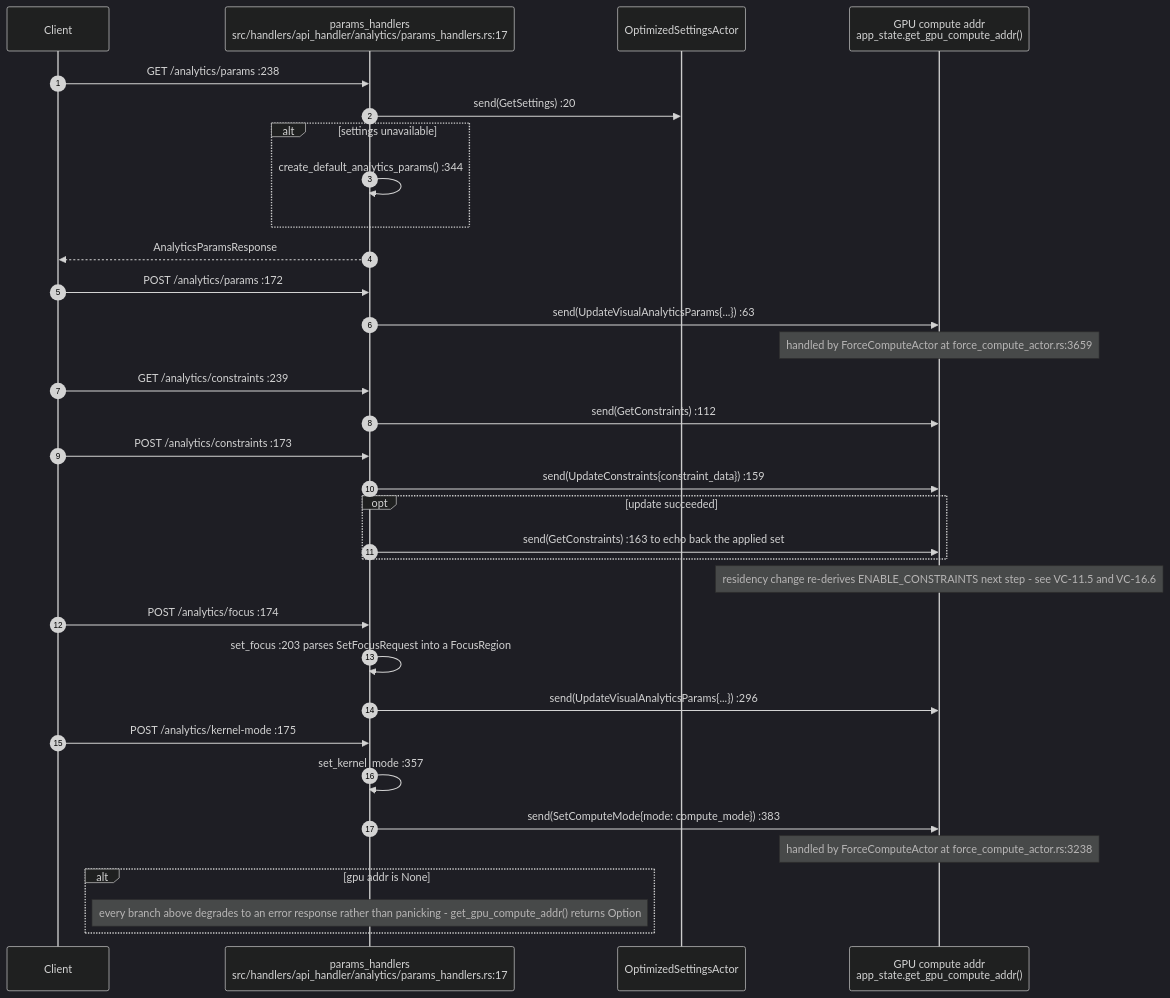
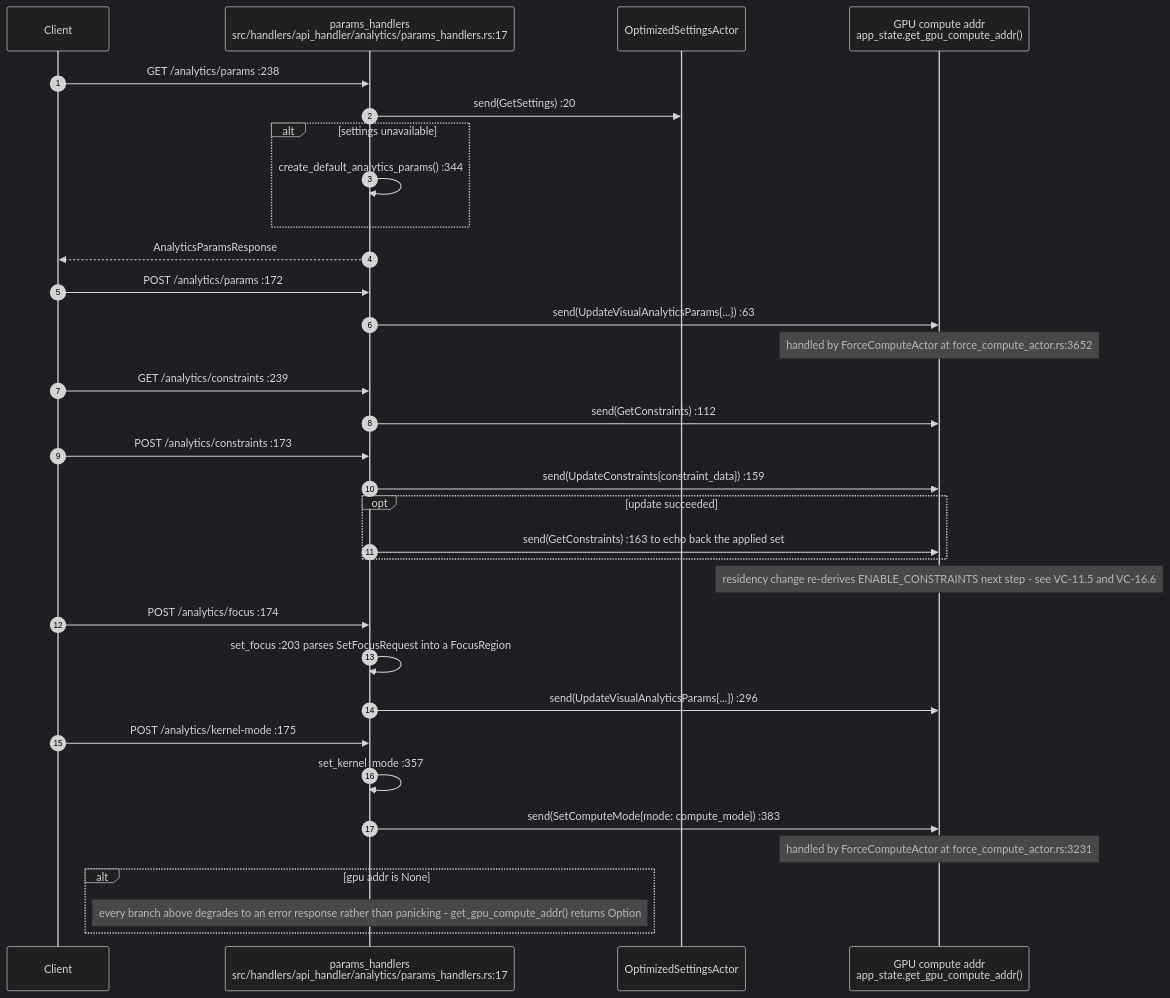
One commit to DreamLab-AI/VisionFlow changed the third of 9 diagrams in docs/diagrams/visionclaw/18-analytics-support-handlers.md. Above: the diagram before and after it, drawn with Mermaid (dark theme). The commit also changed other lines of this file and 94 other files, not shown here.

First line of the commit message:
docs(diagrams): re-verify 130 topics against 2 October HEADs

````diff
--- a/docs/diagrams/visionclaw/18-analytics-support-handlers.md
+++ b/docs/diagrams/visionclaw/18-analytics-support-handlers.md
@@ -112,40 +112,40 @@
 ```mermaid
 sequenceDiagram
     autonumber
     participant C as Client
     participant PH as params_handlers<br/>src/handlers/api_handler/analytics/params_handlers.rs:17
     participant SET as OptimizedSettingsActor
     participant GPU as GPU compute addr<br/>app_state.get_gpu_compute_addr()
 
     C->>PH: GET /analytics/params :238
     PH->>SET: send(GetSettings) :20
     alt settings unavailable
         PH->>PH: create_default_analytics_params() :344
     end
     PH-->>C: AnalyticsParamsResponse
 
     C->>PH: POST /analytics/params :172
     PH->>GPU: send(UpdateVisualAnalyticsParams{...}) :63
-    Note over GPU: handled by ForceComputeActor at force_compute_actor.rs:3659
+    Note over GPU: handled by ForceComputeActor at force_compute_actor.rs:3652
 
     C->>PH: GET /analytics/constraints :239
     PH->>GPU: send(GetConstraints) :112
     C->>PH: POST /analytics/constraints :173
     PH->>GPU: send(UpdateConstraints{constraint_data}) :159
     opt update succeeded
         PH->>GPU: send(GetConstraints) :163 to echo back the applied set
     end
     Note over GPU: residency change re-derives ENABLE_CONSTRAINTS next step - see VC-11.5 and VC-16.6
 
     C->>PH: POST /analytics/focus :174
     PH->>PH: set_focus :203 parses SetFocusRequest into a FocusRegion
     PH->>GPU: send(UpdateVisualAnalyticsParams{...}) :296
 
     C->>PH: POST /analytics/kernel-mode :175
     PH->>PH: set_kernel_mode :357
     PH->>GPU: send(SetComputeMode{mode: compute_mode}) :383
-    Note over GPU: handled by ForceComputeActor at force_compute_actor.rs:3238
+    Note over GPU: handled by ForceComputeActor at force_compute_actor.rs:3231
     alt gpu addr is None
         Note over PH: every branch above degrades to an error response rather than panicking - get_gpu_compute_addr() returns Option
     end
 ```
````
